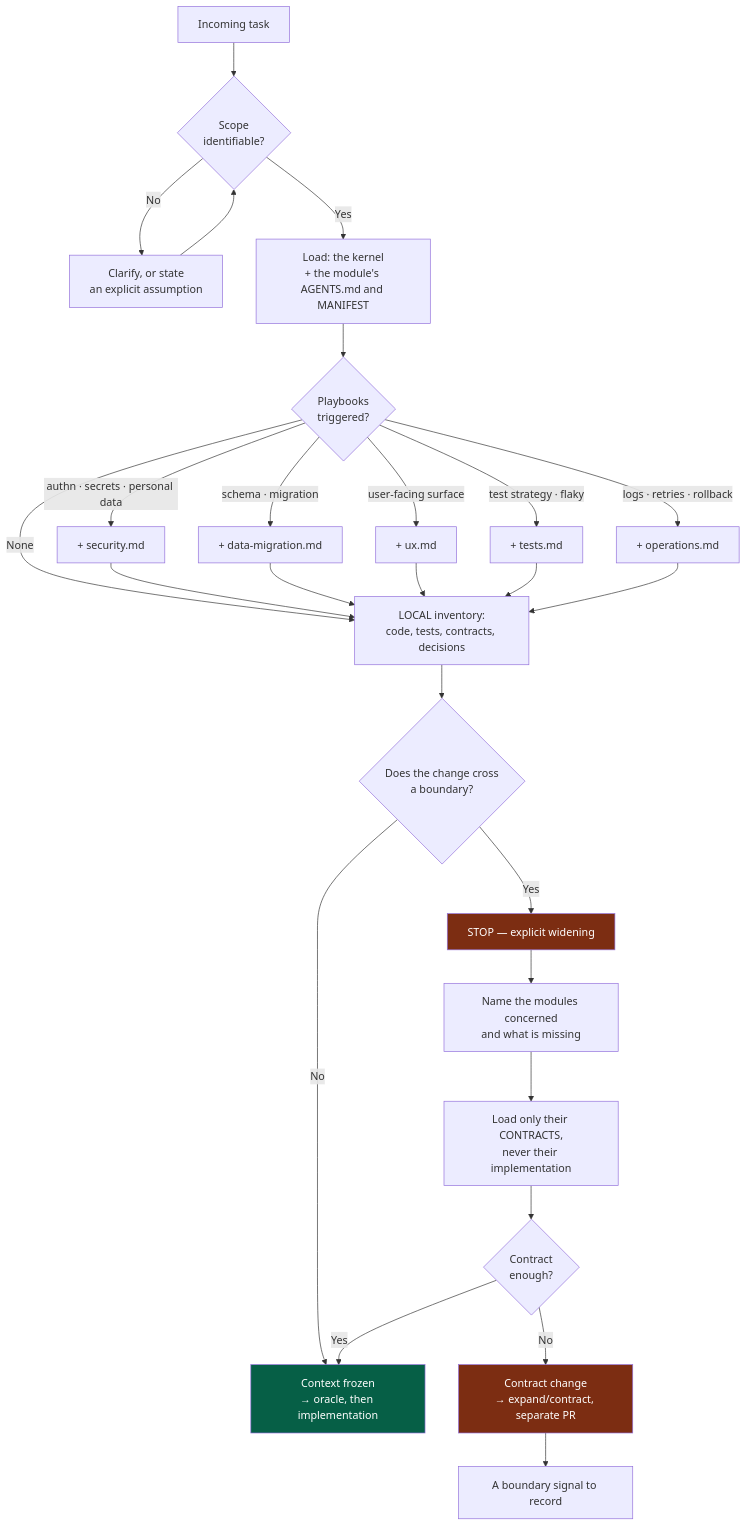
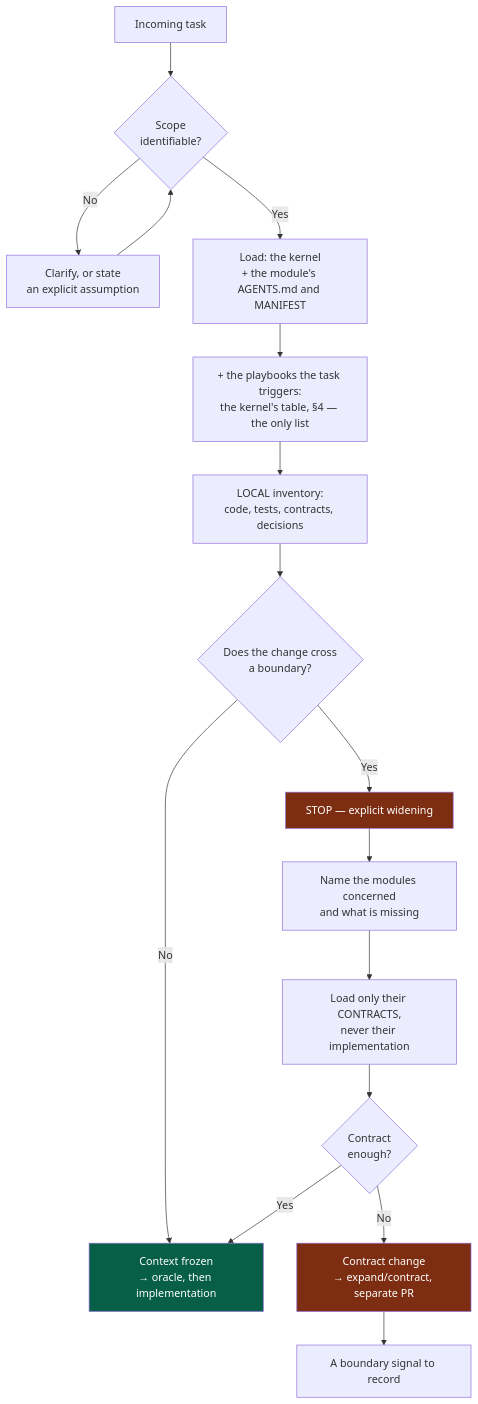
Before and after one commit to NapkinStack/engineering-os: the diagram in skeleton/.nstack/handbook/04-ai-context.md, drawn with Mermaid. The commit also changed 15 other files, not shown here.

First line of the commit message:
D115 — one list of triggers, the kernel's (#164)

````diff
--- a/skeleton/.nstack/handbook/04-ai-context.md
+++ b/skeleton/.nstack/handbook/04-ai-context.md
@@ -24,35 +24,24 @@
 ```mermaid
 flowchart TD
     T["Incoming task"] --> S{"Scope<br/>identifiable?"}
     S -->|No| S2["Clarify, or state<br/>an explicit assumption"] --> S
     S -->|Yes| U["Load: the kernel<br/>+ the module's AGENTS.md and MANIFEST"]
 
-    U --> N{"Playbooks<br/>triggered?"}
-    N -->|"authn · secrets · personal data"| N1["+ security.md"]
-    N -->|"schema · migration"| N2["+ data-migration.md"]
-    N -->|"user-facing surface"| N3["+ ux.md"]
-    N -->|"test strategy · flaky"| N4["+ tests.md"]
-    N -->|"logs · retries · rollback"| N5["+ operations.md"]
-    N -->|None| V
-
-    N1 --> V["LOCAL inventory:<br/>code, tests, contracts, decisions"]
-    N2 --> V
-    N3 --> V
-    N4 --> V
-    N5 --> V
+    U --> N["+ the playbooks the task triggers:<br/>the kernel's table, §4 — the only list"]
+    N --> V["LOCAL inventory:<br/>code, tests, contracts, decisions"]
 
     V --> W{"Does the change cross<br/>a boundary?"}
     W -->|No| X["Context frozen<br/>→ oracle, then implementation"]
     W -->|Yes| Y["STOP — explicit widening"]
 
     Y --> Y1["Name the modules concerned<br/>and what is missing"]
     Y1 --> Y2["Load only their CONTRACTS,<br/>never their implementation"]
     Y2 --> Y3{"Contract<br/>enough?"}
     Y3 -->|Yes| X
     Y3 -->|No| Z["Contract change<br/>→ expand/contract, separate PR"]
     Z --> Z2["A boundary signal to record"]
 
     style Y fill:#7c2d12,color:#fff
     style Z fill:#7c2d12,color:#fff
     style X fill:#065f46,color:#fff
 ```
````
